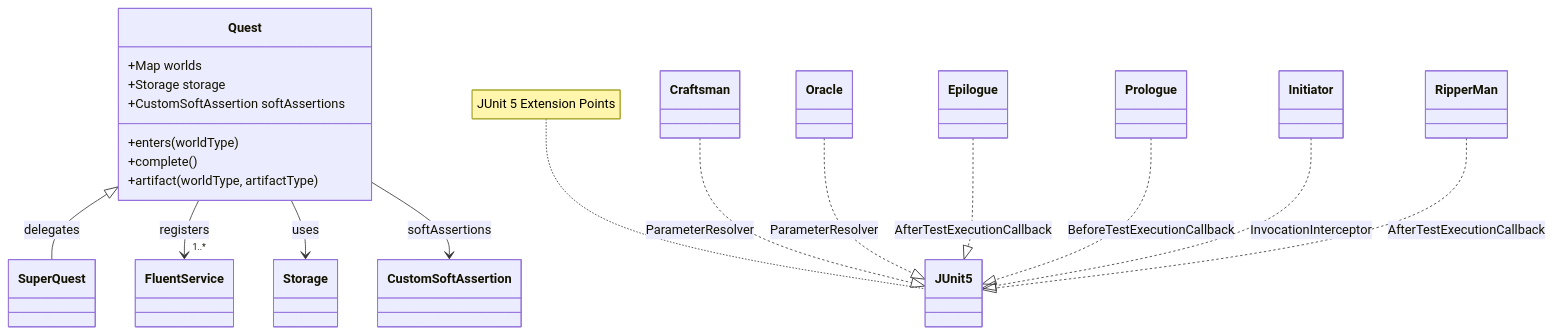
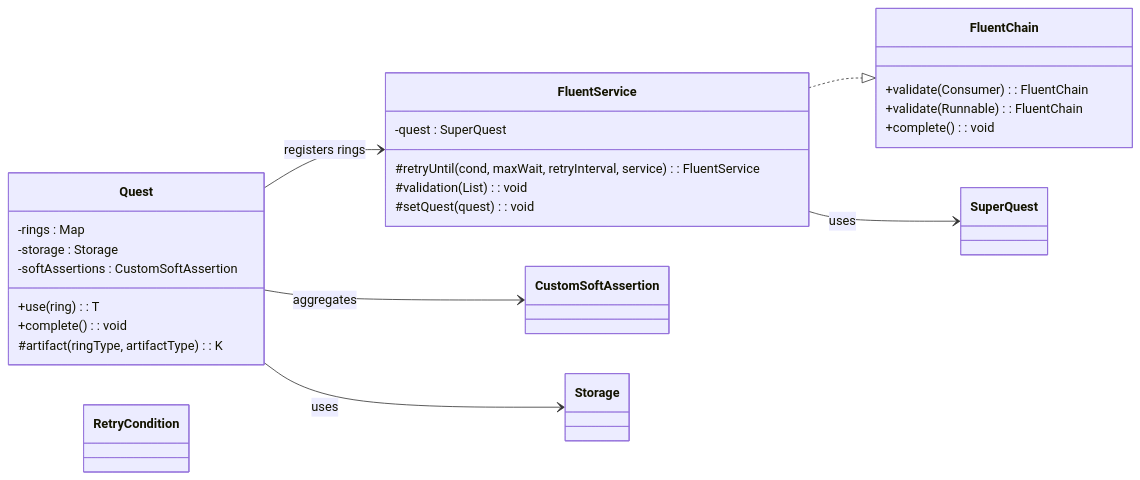
One commit to CyborgCodeSyndicate/roa-libraries changed the first of 4 diagrams in test-framework/README.md. Above: the diagram before and after it, drawn with Mermaid. The commit also changed other lines of this file and 3 other files, not shown here.

````diff
--- a/test-framework/README.md
+++ b/test-framework/README.md
@@ -21,35 +164,37 @@
 ```mermaid
 classDiagram
-class Quest {
-+Map<Class, FluentService> worlds
-+Storage storage
-+CustomSoftAssertion softAssertions
-+enters(worldType)
-+complete()
-+artifact(worldType, artifactType)
-}
-class SuperQuest
-Quest <|-- SuperQuest : delegates
-class FluentService
-Quest --> "1..*" FluentService : registers
-class Storage
-Quest --> Storage : uses
-class Craftsman
-class Oracle
-class Epilogue
-class Prologue
-class RipperMan
-class Initiator
-class CustomSoftAssertion
-Quest --> CustomSoftAssertion : softAssertions
+  direction LR
 
-    Craftsman ..|> JUnit5:ParameterResolver
-    Oracle ..|> JUnit5:ParameterResolver
-    Epilogue ..|> JUnit5:AfterTestExecutionCallback
-    Prologue ..|> JUnit5:BeforeTestExecutionCallback
-    Initiator ..|> JUnit5:InvocationInterceptor
-    RipperMan ..|> JUnit5:AfterTestExecutionCallback
+  class Quest {
+    -rings : Map<Class, FluentService>
+    -storage : Storage
+    -softAssertions : CustomSoftAssertion
+    +use(ring) : T
+    +complete() : void
+    #artifact(ringType, artifactType) : K
+  }
 
-    class JUnit5
-    note for JUnit5 "JUnit 5 Extension Points"
+  class FluentChain {
+    +validate(Consumer<SoftAssertions>) : FluentChain
+    +validate(Runnable) : FluentChain
+    +complete() : void
+  }
+
+  class FluentService {
+    -quest : SuperQuest
+    #retryUntil(cond, maxWait, retryInterval, service) : FluentService
+    #validation(List<AssertionResult>) : void
+    #setQuest(quest) : void
+  }
+
+  class SuperQuest
+  class CustomSoftAssertion
+  class Storage
+  class RetryCondition
+
+  Quest --> FluentService : registers rings
+  FluentService ..|> FluentChain
+  FluentService --> SuperQuest : uses
+  Quest --> Storage : uses
+  Quest --> CustomSoftAssertion : aggregates
 ```
````
